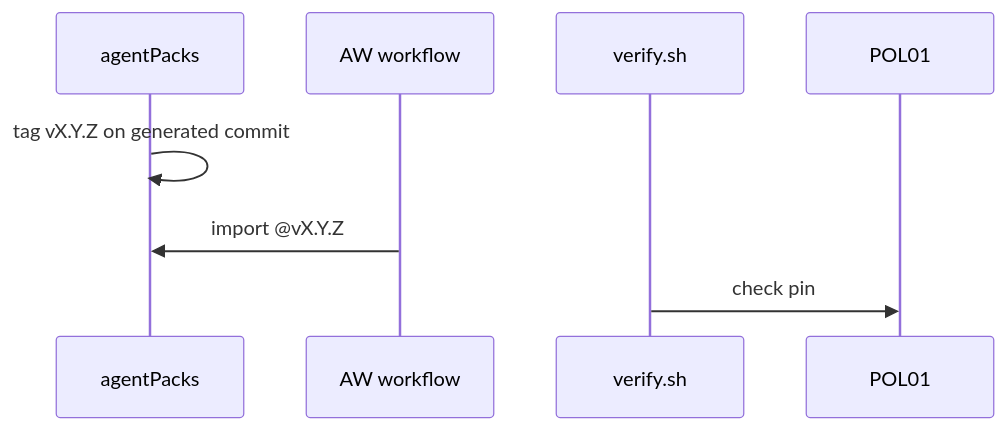
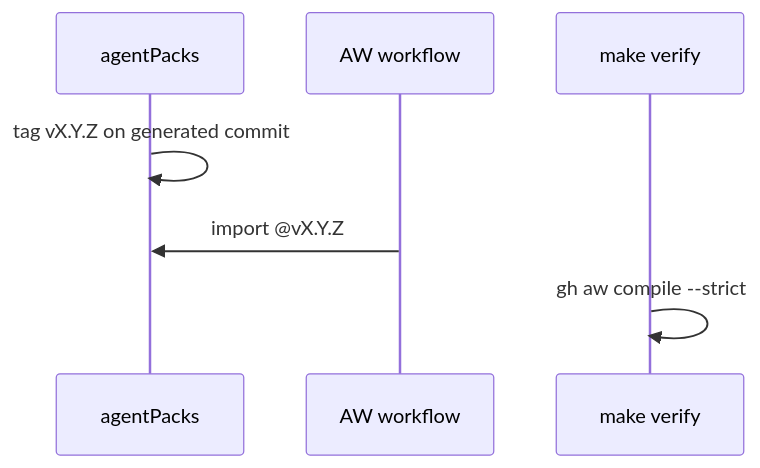
The diagram in docs/reference/agentpacks-contract.md (svennijhuis/agentic-workflows), drawn with Mermaid before and after one commit. The commit also changed other lines of this file and 986 other files, not shown here.

Commit message:
Cleanup: trust gh aw compile --strict, keep POL25 and POL31 (#28)

````diff
--- a/docs/reference/agentpacks-contract.md
+++ b/docs/reference/agentpacks-contract.md
@@ -71,10 +71,9 @@
 ```mermaid
 sequenceDiagram
   participant AP as agentPacks
   participant AW as AW workflow
-  participant V as verify.sh
-  participant P as POL01
+  participant V as make verify
   AP->>AP: tag vX.Y.Z on generated commit
   AW->>AP: import @vX.Y.Z
-  V->>P: check pin
+  V->>V: gh aw compile --strict
 ```
````
